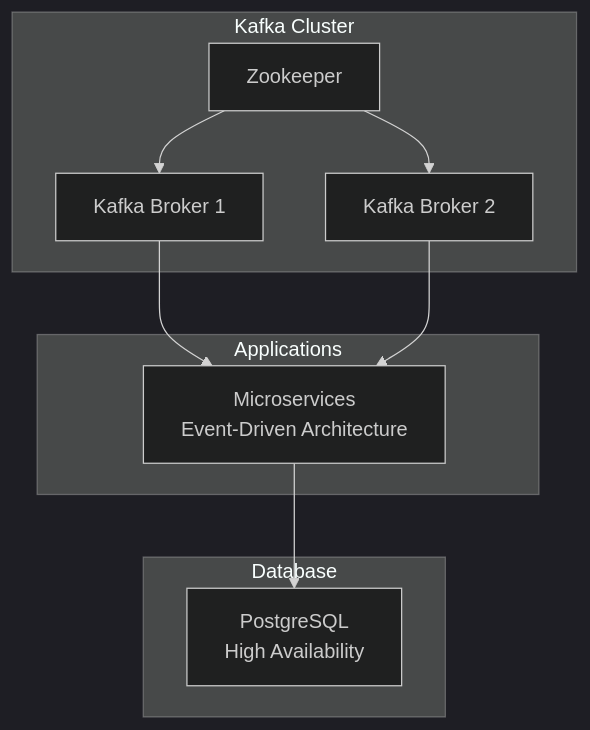
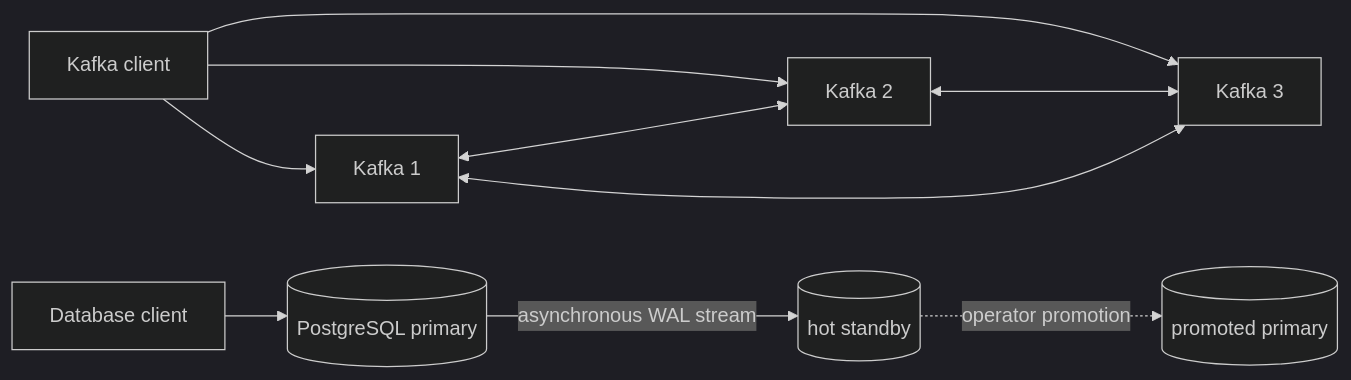
The diagram in README.md (natnaela-devops/kafka-postgres-ha-setup), drawn with Mermaid (dark theme) before and after one commit. The commit also changed other lines of this file and 13 other files, not shown here.

First line of the commit message:
Rebuild Kafka and PostgreSQL resilience lab (#1)

````diff
--- a/README.md
+++ b/README.md
@@ -43,22 +20,13 @@
 ```mermaid
-flowchart TD
-    subgraph "Kafka Cluster"
-        Z[Zookeeper]
-        K1[Kafka Broker 1]
-        K2[Kafka Broker 2]
-    end
+flowchart LR
+    Client[Kafka client] --> K1[Kafka 1]
+    Client --> K2[Kafka 2]
+    Client --> K3[Kafka 3]
+    K1 <--> K2
+    K2 <--> K3
+    K3 <--> K1
 
-    subgraph "Database"
-        PG[PostgreSQL\nHigh Availability]
-    end
-
-    subgraph "Applications"
-        Apps[Microservices\nEvent-Driven Architecture]
-    end
-
-    Z --> K1
-    Z --> K2
-    K1 --> Apps
-    K2 --> Apps
-    Apps --> PG
+    App[Database client] --> Primary[(PostgreSQL primary)]
+    Primary -->|asynchronous WAL stream| Standby[(hot standby)]
+    Standby -. operator promotion .-> Promoted[(promoted primary)]
 ```
````
